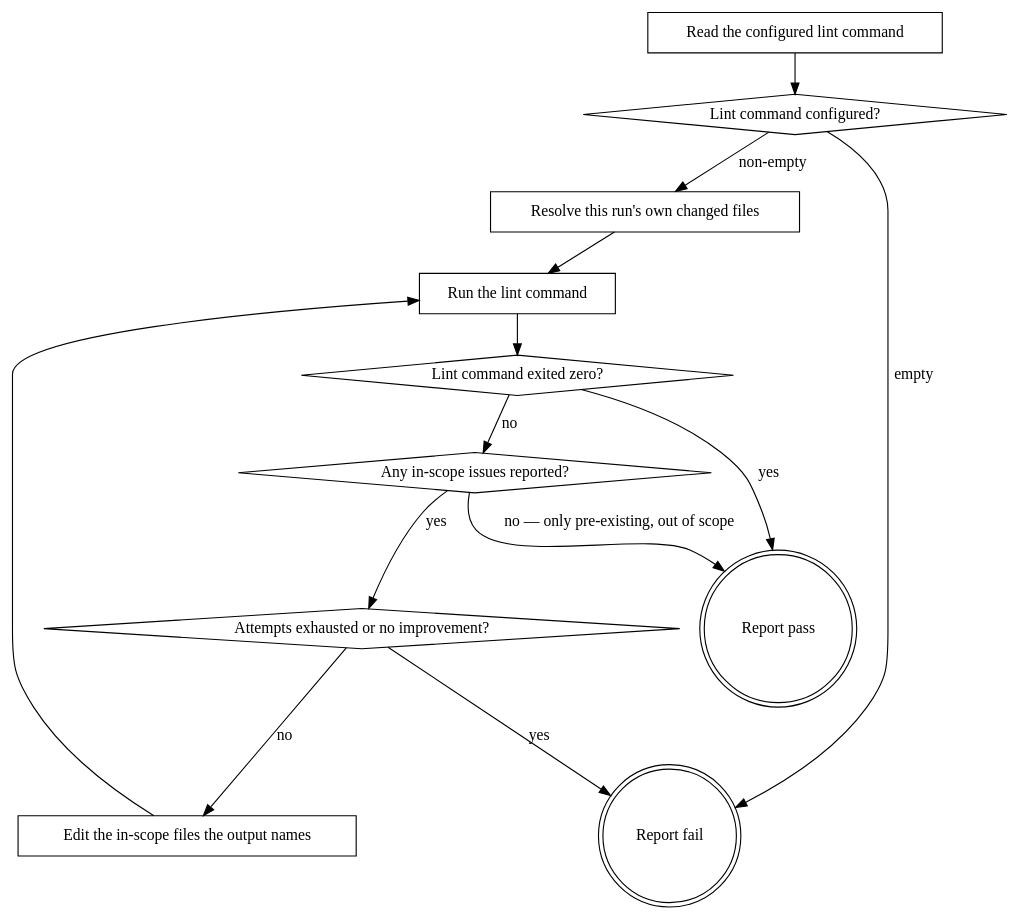
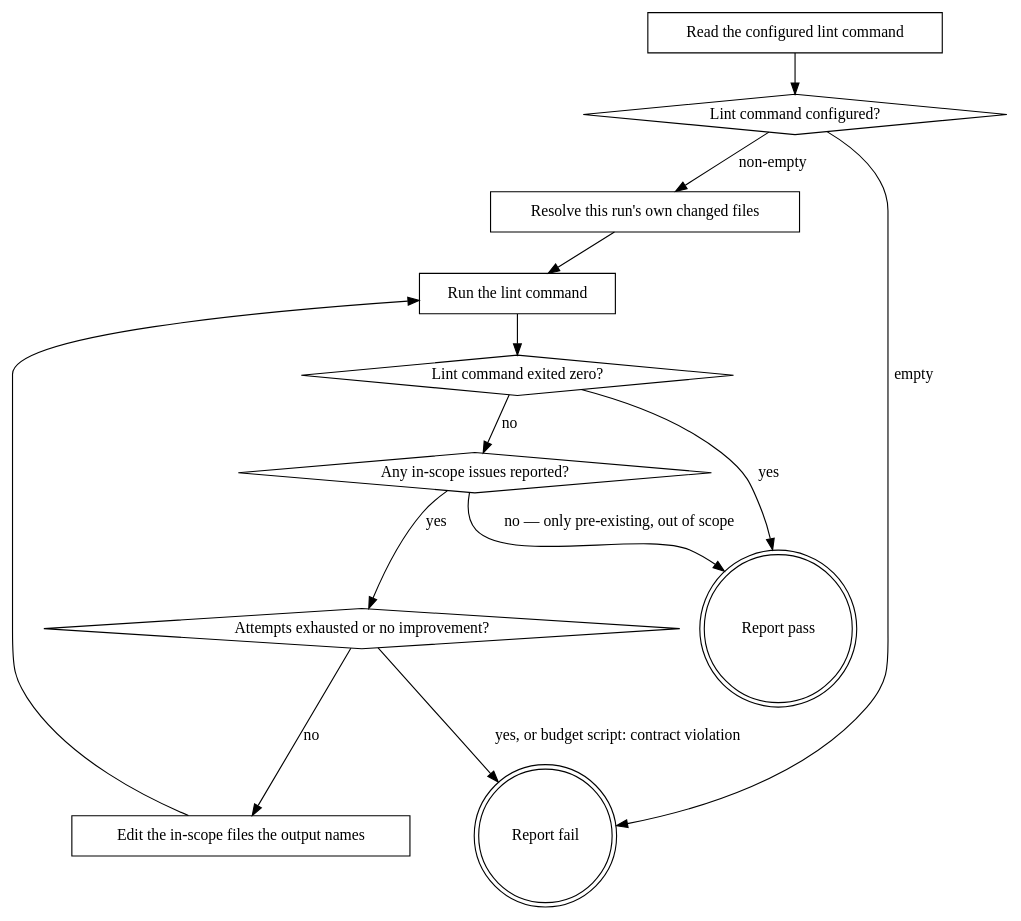
The diagram in plugins/eds/skills/eds-lint/SKILL.md (agenticDraft/aem-eds-ai-workflow-demo), drawn with Graphviz before and after one commit. The commit also changed other lines of this file and 1 other file, not shown here.

````diff
--- a/plugins/eds/skills/eds-lint/SKILL.md
+++ b/plugins/eds/skills/eds-lint/SKILL.md
@@ -31,27 +37,27 @@
 ```dot
 digraph eds_lint {
     "Read the configured lint command" [shape=box];
     "Lint command configured?" [shape=diamond];
     "Resolve this run's own changed files" [shape=box];
     "Run the lint command" [shape=box];
     "Lint command exited zero?" [shape=diamond];
     "Any in-scope issues reported?" [shape=diamond];
     "Attempts exhausted or no improvement?" [shape=diamond];
     "Edit the in-scope files the output names" [shape=box];
     "Report fail" [shape=doublecircle];
     "Report pass" [shape=doublecircle];
 
     "Read the configured lint command" -> "Lint command configured?";
     "Lint command configured?" -> "Resolve this run's own changed files" [label="non-empty"];
     "Lint command configured?" -> "Report fail" [label="empty"];
     "Resolve this run's own changed files" -> "Run the lint command";
     "Run the lint command" -> "Lint command exited zero?";
     "Lint command exited zero?" -> "Report pass" [label="yes"];
     "Lint command exited zero?" -> "Any in-scope issues reported?" [label="no"];
     "Any in-scope issues reported?" -> "Report pass" [label="no — only pre-existing, out of scope"];
     "Any in-scope issues reported?" -> "Attempts exhausted or no improvement?" [label="yes"];
-    "Attempts exhausted or no improvement?" -> "Report fail" [label="yes"];
+    "Attempts exhausted or no improvement?" -> "Report fail" [label="yes, or budget script: contract violation"];
     "Attempts exhausted or no improvement?" -> "Edit the in-scope files the output names" [label="no"];
     "Edit the in-scope files the output names" -> "Run the lint command";
 }
 ```
````
